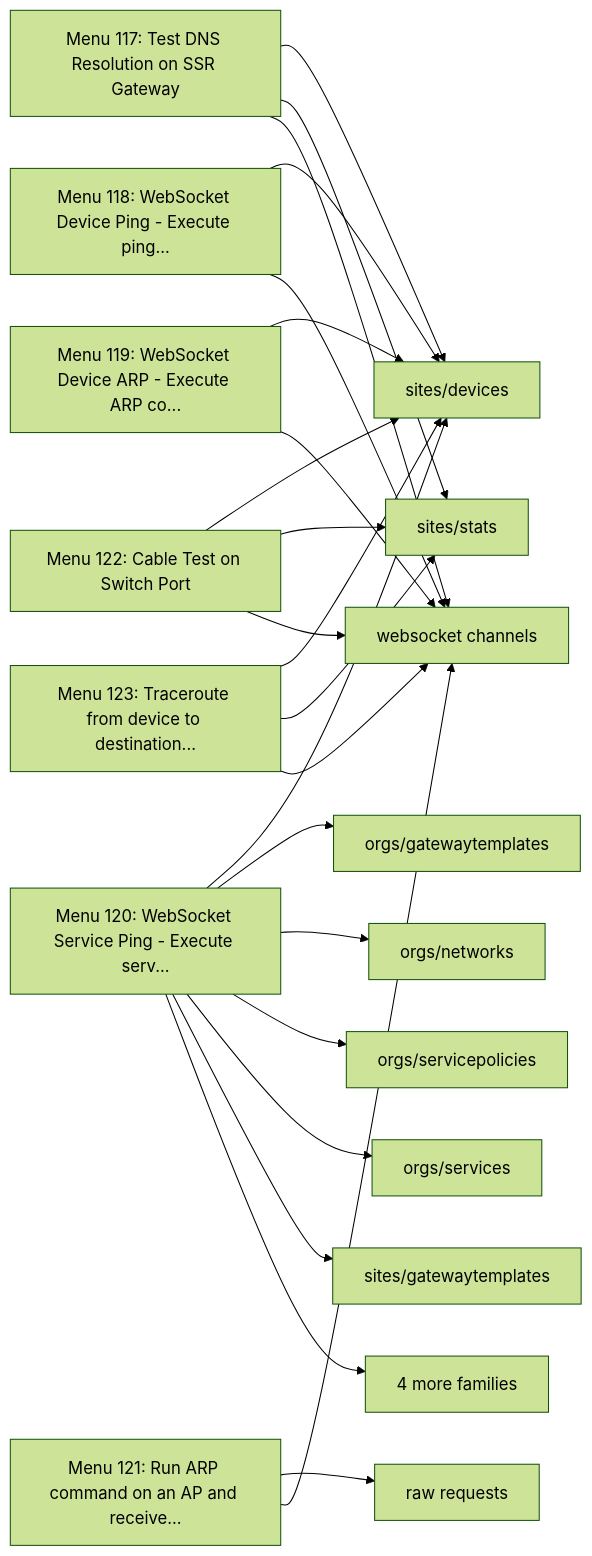
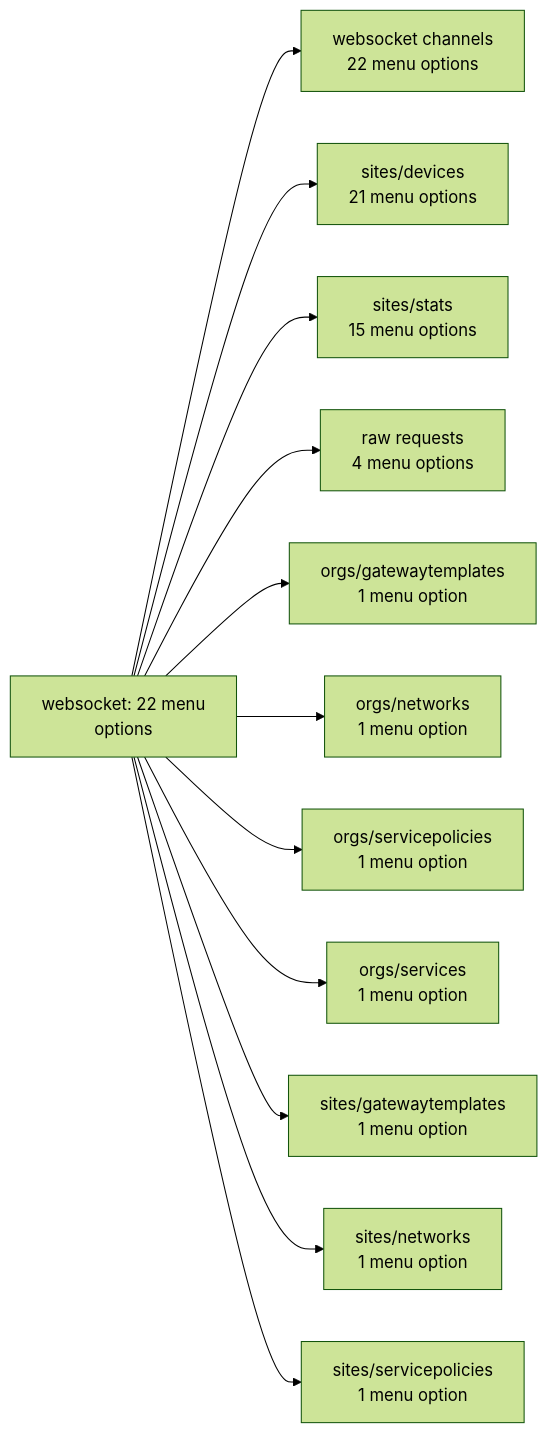
One commit to jmorrison-juniper/MistHelper changed the first of 23 diagrams in documentation/menu-api/websocket.md. Above: the diagram before and after it, drawn with Mermaid (forest theme). The commit also changed other lines of this file and 19 other files, not shown here.

First line of the commit message:
docs(menu-api): fit the Mermaid diagrams to the wiki column

````diff
--- a/documentation/menu-api/websocket.md
+++ b/documentation/menu-api/websocket.md
@@ -83,41 +17,15 @@
 ```mermaid
 flowchart LR
-    m117["Menu 117: Test DNS Resolution on SSR Gateway"]
-    m117 --> f_sites_devices
-    m117 --> f_sites_stats
-    m117 --> f_websocket_channels
-    m118["Menu 118: WebSocket Device Ping - Execute ping..."]
-    m118 --> f_sites_devices
-    m118 --> f_websocket_channels
-    m119["Menu 119: WebSocket Device ARP - Execute ARP co..."]
-    m119 --> f_sites_devices
-    m119 --> f_websocket_channels
-    m120["Menu 120: WebSocket Service Ping - Execute serv..."]
-    m120 --> f_sites_devices
-    m120 --> f_orgs_gatewaytemplates
-    m120 --> f_orgs_networks
-    m120 --> f_orgs_servicepolicies
-    m120 --> f_orgs_services
-    m120 --> f_sites_gatewaytemplates
-    m120 --> more120["4 more families"]
-    m121["Menu 121: Run ARP command on an AP and receive..."]
-    m121 --> f_raw_requests
-    m121 --> f_websocket_channels
-    m122["Menu 122: Cable Test on Switch Port"]
-    m122 --> f_sites_devices
-    m122 --> f_sites_stats
-    m122 --> f_websocket_channels
-    m123["Menu 123: Traceroute from device to destination..."]
-    m123 --> f_sites_devices
-    m123 --> f_sites_stats
-    m123 --> f_websocket_channels
-    f_orgs_gatewaytemplates["orgs/gatewaytemplates"]
-    f_orgs_networks["orgs/networks"]
-    f_orgs_servicepolicies["orgs/servicepolicies"]
-    f_orgs_services["orgs/services"]
-    f_raw_requests["raw requests"]
-    f_sites_devices["sites/devices"]
-    f_sites_gatewaytemplates["sites/gatewaytemplates"]
-    f_sites_stats["sites/stats"]
-    f_websocket_channels["websocket channels"]
+    root["websocket: 22 menu<br/>options"]
+    root --> f_websocket_channels["websocket channels<br/>22 menu options"]
+    root --> f_sites_devices["sites/devices<br/>21 menu options"]
+    root --> f_sites_stats["sites/stats<br/>15 menu options"]
+    root --> f_raw_requests["raw requests<br/>4 menu options"]
+    root --> f_orgs_gatewaytemplates["orgs/gatewaytemplates<br/>1 menu option"]
+    root --> f_orgs_networks["orgs/networks<br/>1 menu option"]
+    root --> f_orgs_servicepolicies["orgs/servicepolicies<br/>1 menu option"]
+    root --> f_orgs_services["orgs/services<br/>1 menu option"]
+    root --> f_sites_gatewaytemplates["sites/gatewaytemplates<br/>1 menu option"]
+    root --> f_sites_networks["sites/networks<br/>1 menu option"]
+    root --> f_sites_servicepolicies["sites/servicepolicies<br/>1 menu option"]
 ```
````
